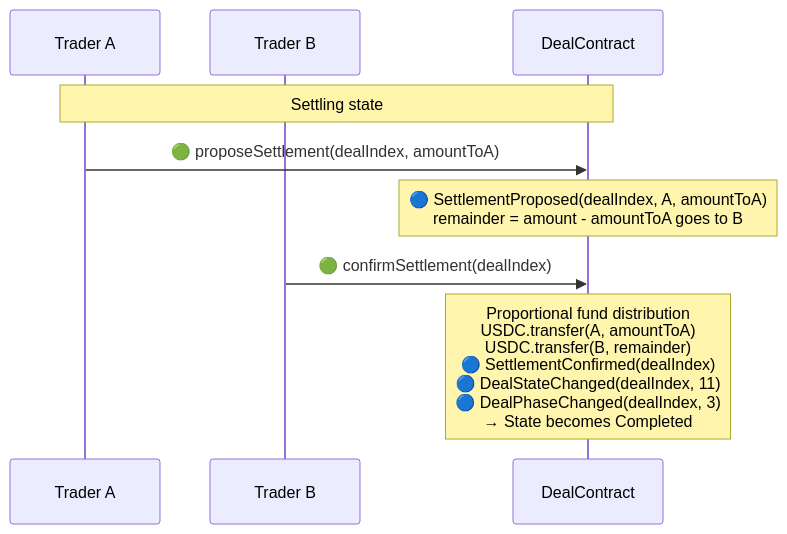
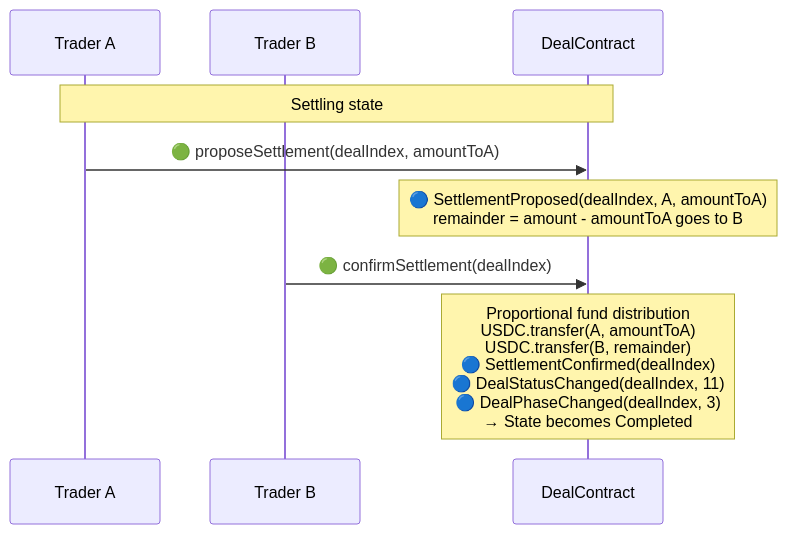
One commit to synctxai/synctx changed the seventh of 9 diagrams in examples/x-quote/x-quote-design.md. Above: the diagram before and after it, drawn with Mermaid. The commit also changed other lines of this file and 8 other files, not shown here.

First line of the commit message:
rename DealStateChanged to DealStatusChanged for consistency with DealStatus

````diff
--- a/examples/x-quote/x-quote-design.md
+++ b/examples/x-quote/x-quote-design.md
@@ -400,12 +400,12 @@
 ```mermaid
 sequenceDiagram
     participant A as Trader A
     participant B as Trader B
     participant D as DealContract
 
     Note over A,D: Settling state
     A->>D: 🟢 proposeSettlement(dealIndex, amountToA)
     Note over D: 🔵 SettlementProposed(dealIndex, A, amountToA)<br/>remainder = amount - amountToA goes to B
     B->>D: 🟢 confirmSettlement(dealIndex)
-    Note over D: Proportional fund distribution<br/>USDC.transfer(A, amountToA)<br/>USDC.transfer(B, remainder)<br/>🔵 SettlementConfirmed(dealIndex)<br/>🔵 DealStateChanged(dealIndex, 11)<br/>🔵 DealPhaseChanged(dealIndex, 3)<br/>→ State becomes Completed
+    Note over D: Proportional fund distribution<br/>USDC.transfer(A, amountToA)<br/>USDC.transfer(B, remainder)<br/>🔵 SettlementConfirmed(dealIndex)<br/>🔵 DealStatusChanged(dealIndex, 11)<br/>🔵 DealPhaseChanged(dealIndex, 3)<br/>→ State becomes Completed
 ```
````
